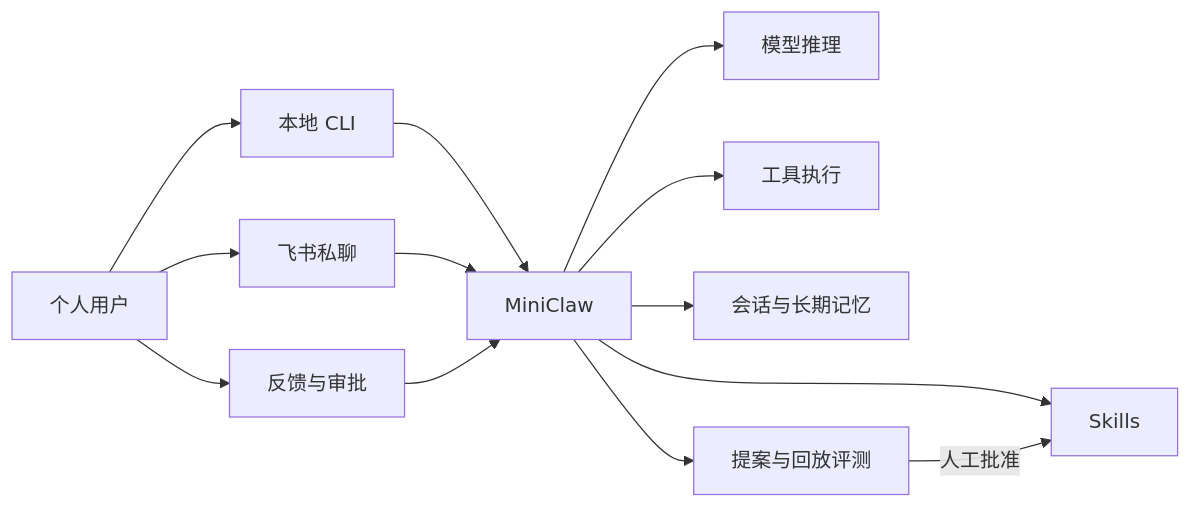
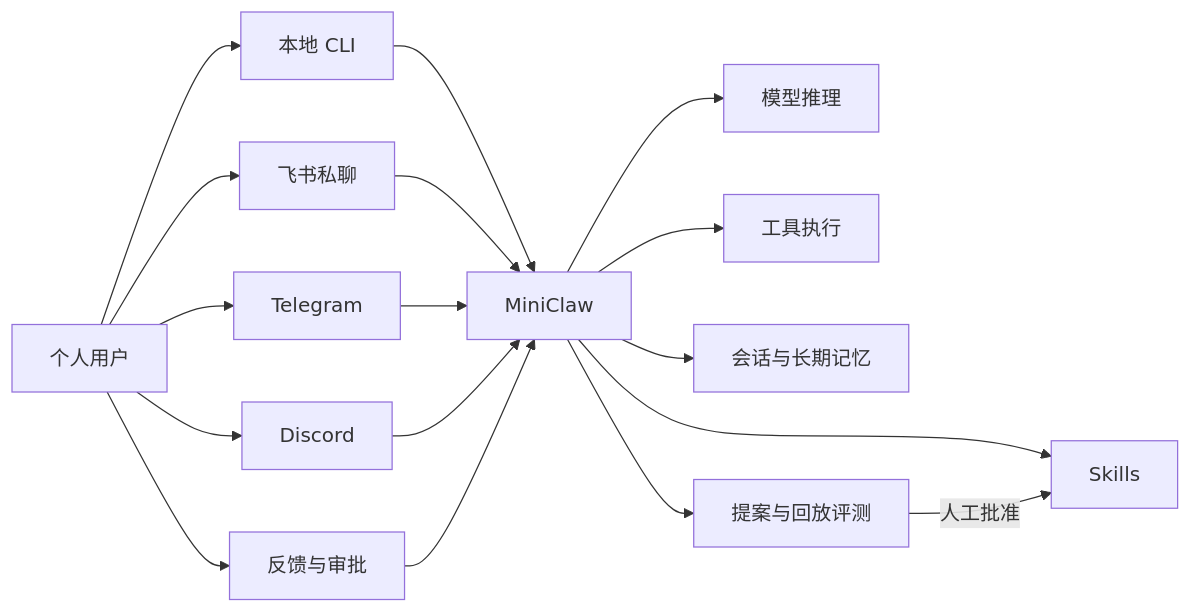
Before and after one commit to NEDONION/lobster0: the first of 10 diagrams in docs/product/20260807_产品需求文档.md, drawn with Mermaid. The commit also changed other lines of this file and 16 other files, not shown here.

````diff
--- a/docs/product/20260807_产品需求文档.md
+++ b/docs/product/20260807_产品需求文档.md
@@ -22,17 +24,21 @@
 ```mermaid
 flowchart LR
     U["个人用户"] --> CLI["本地 CLI"]
     U --> FS["飞书私聊"]
+    U --> TG["Telegram"]
+    U --> DC["Discord"]
     CLI --> L["MiniClaw"]
     FS --> L
+    TG --> L
+    DC --> L
 
     L --> M["模型推理"]
     L --> T["工具执行"]
     L --> MEM["会话与长期记忆"]
     L --> S["Skills"]
 
     U --> FB["反馈与审批"]
     FB --> L
     L --> EV["提案与回放评测"]
     EV -->|"人工批准"| S
 ```
````
